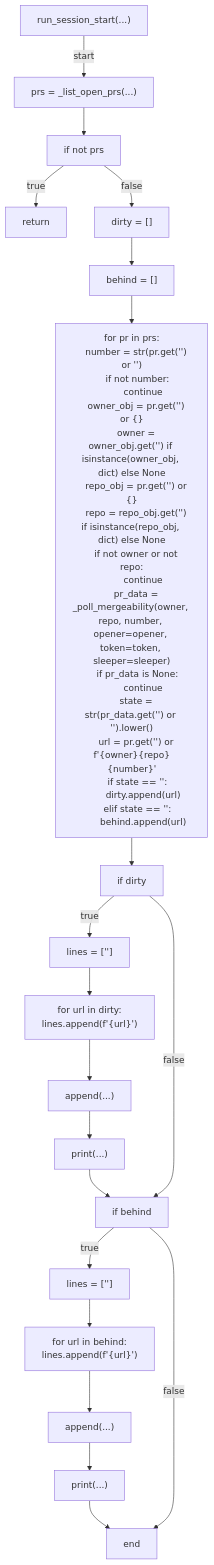
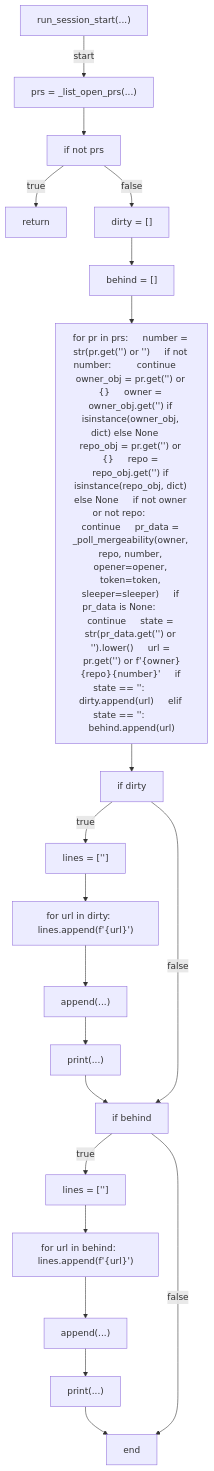
Before and after one commit to tvna/claude-md: diagram 11 of 12 in docs/generated/scripts/ast/check_pr_mergeability.md, drawn with Mermaid. The commit also changed other lines of this file and 20 other files, not shown here.

First line of the commit message:
docs(generated): regenerate decision tree and workflow diagrams (batch 1/5)

````diff
--- a/docs/generated/scripts/ast/check_pr_mergeability.md
+++ b/docs/generated/scripts/ast/check_pr_mergeability.md
@@ -316,60 +279,40 @@
 ```mermaid
 flowchart TD
     N001["run_session_start(...)"]
     N002["prs = _list_open_prs(...)"]
     N003["if not prs"]
     N004["return"]
     N005["dirty = []"]
     N006["behind = []"]
-    N007["for pr in prs:
-    number = str(pr.get('<str>') or '<str>')
-    if not number:
-        continue
-    owner_obj = pr.get('<str>') or {}
-    owner = owner_obj.get('<str>') if isinstance(owner_obj, dict) else None
-    repo_obj = pr.get('<str>') or {}
-    repo = repo_obj.get('<str>') if isinstance(repo_obj, dict) else None
-    if not owner or not repo:
-        continue
-    pr_data = _poll_mergeability(owner, repo, number, opener=opener, token=token, sleeper=sleeper)
-    if pr_data is None:
-        continue
-    state = str(pr_data.get('<str>') or '<str>').lower()
-    url = pr.get('<str>') or f'{owner}<str>{repo}<str>{number}'
-    if state == '<str>':
-        dirty.append(url)
-    elif state == '<str>':
-        behind.append(url)"]
+    N007["for pr in prs:     number = str(pr.get('<str>') or '<str>')     if not number:         continue     owner_obj = pr.get('<str>') or {}     owner = owner_obj.get('<str>') if isinstance(owner_obj, dict) else None     repo_obj = pr.get('<str>') or {}     repo = repo_obj.get('<str>') if isinstance(repo_obj, dict) else None     if not owner or not repo:         continue     pr_data = _poll_mergeability(owner, repo, number, opener=opener, token=token, sleeper=sleeper)     if pr_data is None:         continue     state = str(pr_data.get('<str>') or '<str>').lower()     url = pr.get('<str>') or f'{owner}<str>{repo}<str>{number}'     if state == '<str>':         dirty.append(url)     elif state == '<str>':         behind.append(url)"]
     N008["if dirty"]
     N009["lines = ['<str>']"]
-    N010["for url in dirty:
-    lines.append(f'<str>{url}')"]
+    N010["for url in dirty:     lines.append(f'<str>{url}')"]
     N011["append(...)"]
     N012["print(...)"]
     N013["if behind"]
     N014["lines = ['<str>']"]
-    N015["for url in behind:
-    lines.append(f'<str>{url}')"]
+    N015["for url in behind:     lines.append(f'<str>{url}')"]
     N016["append(...)"]
     N017["print(...)"]
     N018["end"]
     N001 -->|"start"| N002
     N002 --> N003
     N003 -->|"true"| N004
     N003 -->|"false"| N005
     N005 --> N006
     N006 --> N007
     N007 --> N008
     N008 -->|"true"| N009
     N009 --> N010
     N010 --> N011
     N011 --> N012
     N012 --> N013
     N008 -->|"false"| N013
     N013 -->|"true"| N014
     N014 --> N015
     N015 --> N016
     N016 --> N017
     N017 --> N018
     N013 -->|"false"| N018
 ```
````
